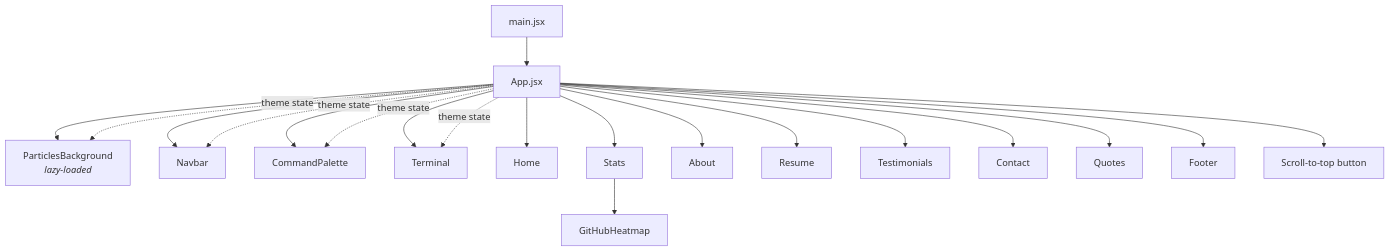
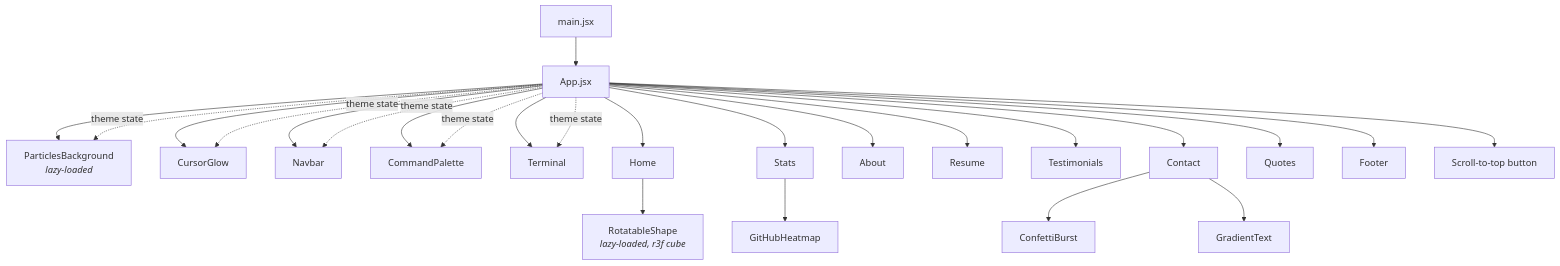
One commit to AhmedNassar7/AhmedNassar7.github.io changed the second of 5 diagrams in docs/ARCHITECTURE.md. Above: the diagram before and after it, drawn with Mermaid. The commit also changed other lines of this file and 2 other files, not shown here.

Commit message:
feat: update documentation to include new interactive features and components

````diff
--- a/docs/ARCHITECTURE.md
+++ b/docs/ARCHITECTURE.md
@@ -35,25 +35,30 @@
 ```mermaid
 flowchart TD
     Main[main.jsx] --> App[App.jsx]
 
     App --> Particles[ParticlesBackground<br/><i>lazy-loaded</i>]
+    App --> CursorGlow
     App --> Navbar
     App --> CommandPalette
     App --> Terminal
     App --> Home
     App --> Stats
     App --> About
     App --> Resume
     App --> Testimonials
     App --> Contact
     App --> Quotes
     App --> Footer
     App --> ScrollToTop[Scroll-to-top button]
 
+    Home --> RotatableShape[RotatableShape<br/><i>lazy-loaded, r3f cube</i>]
     Stats --> GitHubHeatmap
+    Contact --> ConfettiBurst
+    Contact --> GradientText
 
     App -. theme state .-> Navbar
     App -. theme state .-> CommandPalette
     App -. theme state .-> Terminal
     App -. theme state .-> Particles
+    App -. theme state .-> CursorGlow
 ```
````
